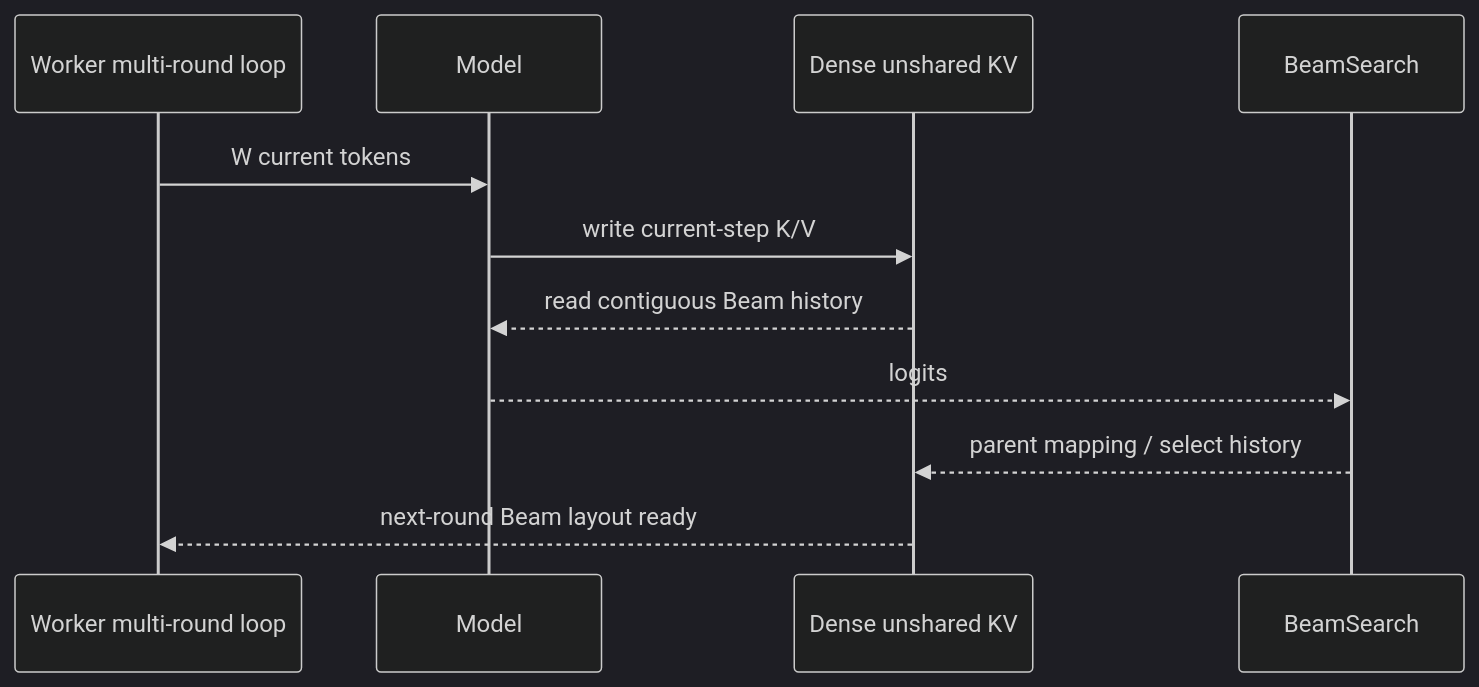
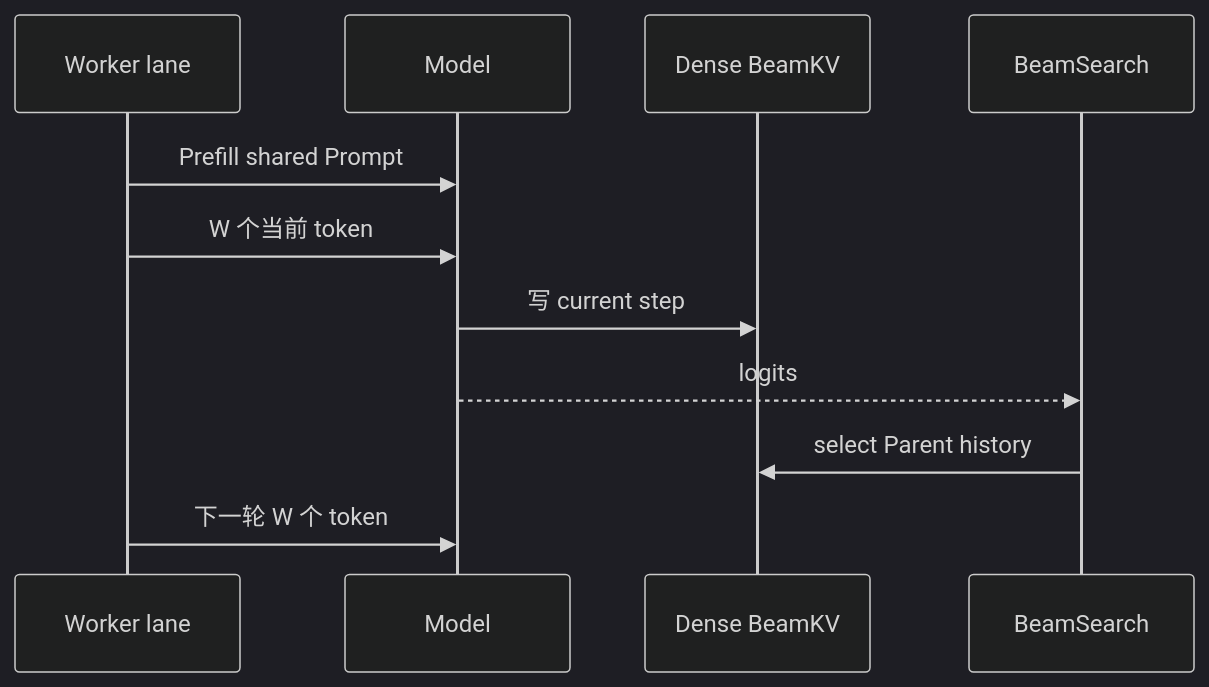
The sixth of 11 diagrams in GR/beam_decode_kv_buffer_organization_analysis.md (zhanghanleo10/gr-related), drawn with Mermaid (dark theme) before and after one commit. The commit also changed other lines of this file, not shown here.

Commit message:
docs: simplify Beam KV analysis with visual-first layout

````diff
--- a/GR/beam_decode_kv_buffer_organization_analysis.md
+++ b/GR/beam_decode_kv_buffer_organization_analysis.md
@@ -444,14 +176,14 @@
 ```mermaid
 sequenceDiagram
-    participant R as Worker multi-round loop
+    participant W as Worker lane
     participant M as Model
-    participant K as Dense unshared KV
+    participant K as Dense BeamKV
     participant B as BeamSearch
 
-    R->>M: W current tokens
-    M->>K: write current-step K/V
-    K-->>M: read contiguous Beam history
+    W->>M: Prefill shared Prompt
+    W->>M: W 个当前 token
+    M->>K: 写 current step
     M-->>B: logits
-    B-->>K: parent mapping / select history
-    K-->>R: next-round Beam layout ready
+    B->>K: select Parent history
+    W->>M: 下一轮 W 个 token
 ```
````
